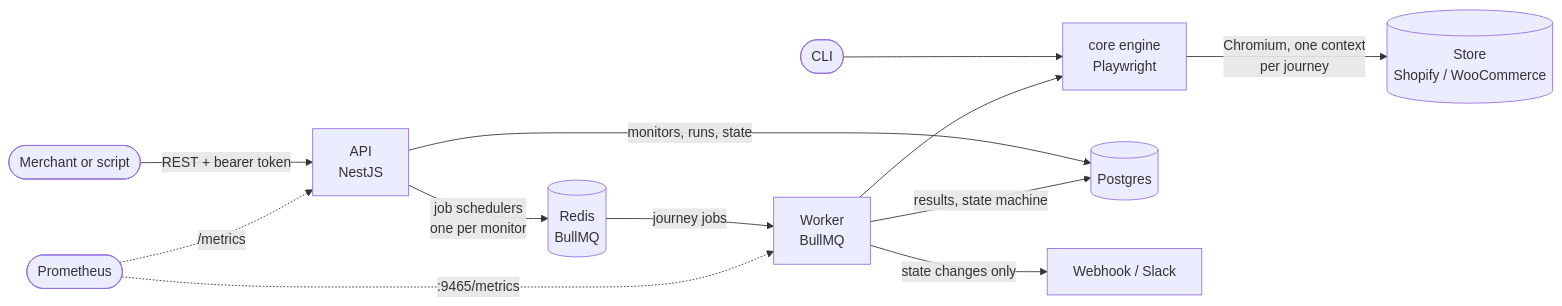
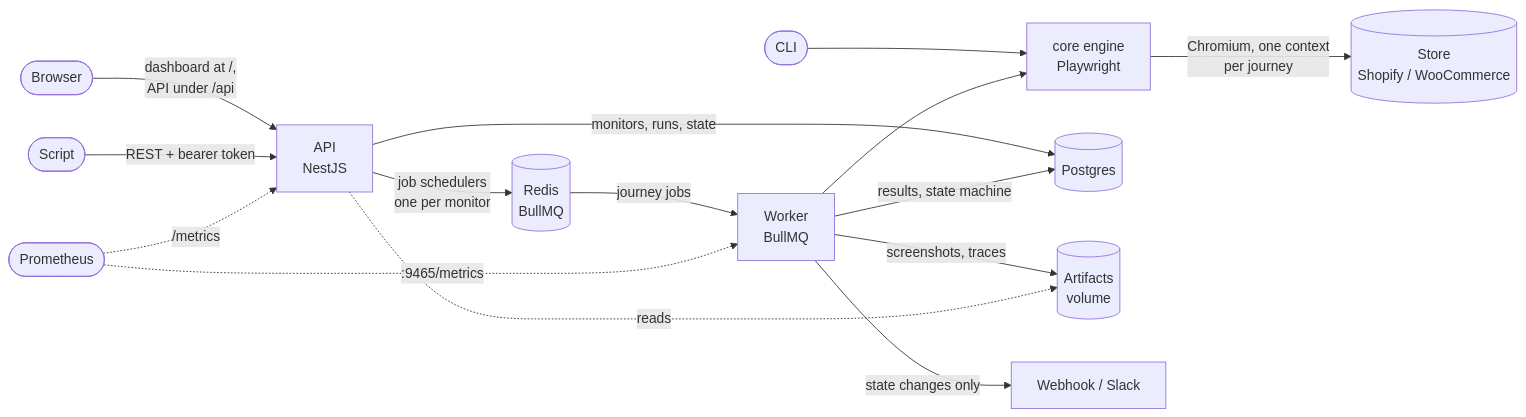
The diagram in README.md (tahmidbintaslim/checkout-sentinel), drawn with Mermaid before and after one commit. The commit also changed other lines of this file and 8 other files, not shown here.

First line of the commit message:
docs: describe the dashboard and add its screenshots

````diff
--- a/README.md
+++ b/README.md
@@ -220,14 +288,17 @@
 ```mermaid
 flowchart LR
-  user([Merchant or script]) -->|REST + bearer token| api[API<br/>NestJS]
+  browser([Browser]) -->|dashboard at /,<br/>API under /api| api[API<br/>NestJS]
+  user([Script]) -->|REST + bearer token| api
   cli([CLI]) --> core
   api -->|monitors, runs, state| pg[(Postgres)]
   api -->|job schedulers<br/>one per monitor| redis[(Redis<br/>BullMQ)]
   redis -->|journey jobs| worker[Worker<br/>BullMQ]
   worker --> core[core engine<br/>Playwright]
   core -->|Chromium, one context<br/>per journey| store[(Store<br/>Shopify / WooCommerce)]
   worker -->|results, state machine| pg
+  worker -->|screenshots, traces| files[(Artifacts<br/>volume)]
+  api -.->|reads| files
   worker -->|state changes only| alerts[Webhook / Slack]
   prom([Prometheus]) -.->|/metrics| api
   prom -.->|:9465/metrics| worker
 ```
````
